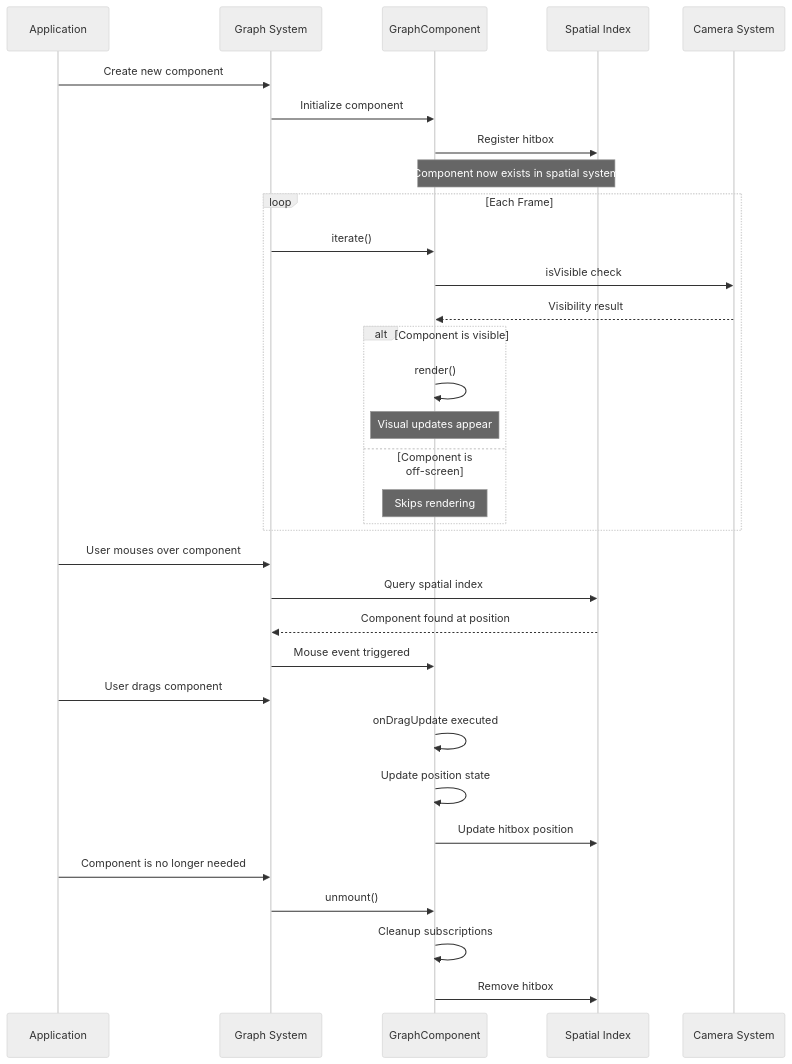
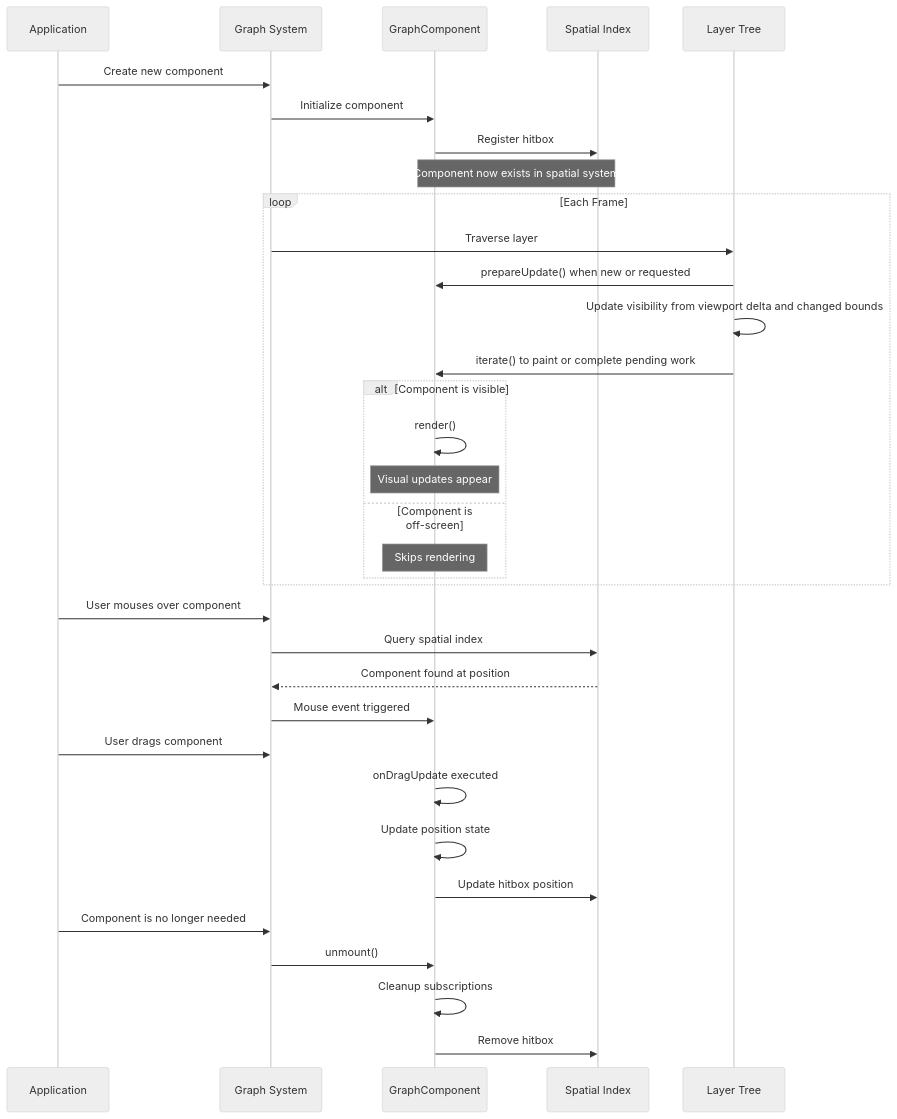
One commit to gravity-ui/graph changed the second of 2 diagrams in packages/graph/docs/components/canvas-graph-component.md. Above: the diagram before and after it, drawn with Mermaid (neutral theme). The commit also changed other lines of this file and 84 other files, not shown here.

First line of the commit message:
feat(graph)!: cull canvas components by the viewport in the layer tree (#432)

````diff
--- a/packages/graph/docs/components/canvas-graph-component.md
+++ b/packages/graph/docs/components/canvas-graph-component.md
@@ -353,42 +381,43 @@
 ```mermaid
 sequenceDiagram
     participant App as Application
     participant Graph as Graph System
     participant Comp as GraphComponent
     participant HitTest as Spatial Index
-    participant Camera as Camera System
+    participant Tree as Layer Tree
     
     App->>Graph: Create new component
     Graph->>Comp: Initialize component
     Comp->>HitTest: Register hitbox
     
     Note over Comp,HitTest: Component now exists in spatial system
     
     loop Each Frame
-        Graph->>Comp: iterate()
-        Comp->>Camera: isVisible check
-        Camera-->>Comp: Visibility result
+        Graph->>Tree: Traverse layer
+        Tree->>Comp: prepareUpdate() when new or requested
+        Tree->>Tree: Update visibility from viewport delta and changed bounds
+        Tree->>Comp: iterate() to paint or complete pending work
         
         alt Component is visible
             Comp->>Comp: render()
             Note over Comp: Visual updates appear
         else Component is off-screen
             Note over Comp: Skips rendering
         end
     end
     
     App->>Graph: User mouses over component
     Graph->>HitTest: Query spatial index
     HitTest-->>Graph: Component found at position
     Graph->>Comp: Mouse event triggered
     
     App->>Graph: User drags component
     Comp->>Comp: onDragUpdate executed
     Comp->>Comp: Update position state
     Comp->>HitTest: Update hitbox position
     
     App->>Graph: Component is no longer needed
     Graph->>Comp: unmount()
     Comp->>Comp: Cleanup subscriptions
     Comp->>HitTest: Remove hitbox
 ```
````
